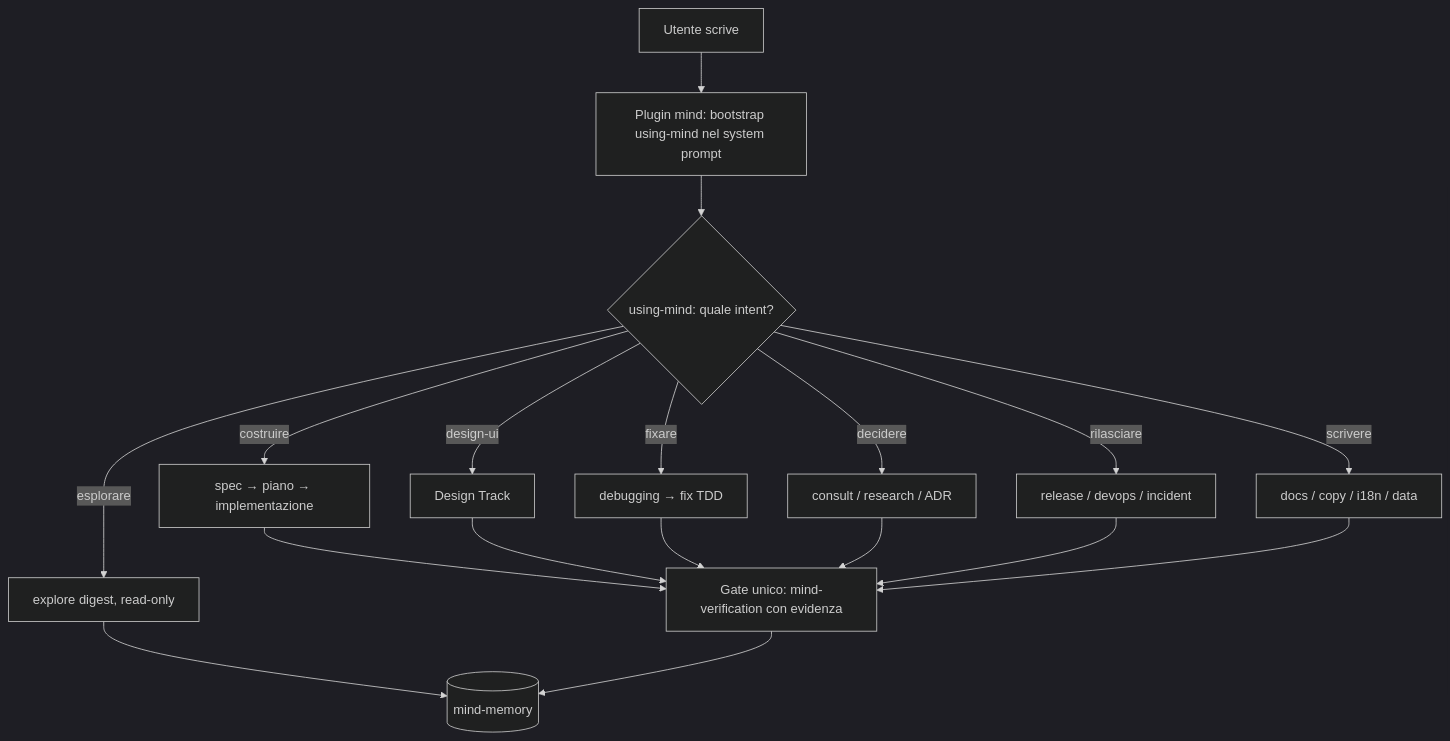
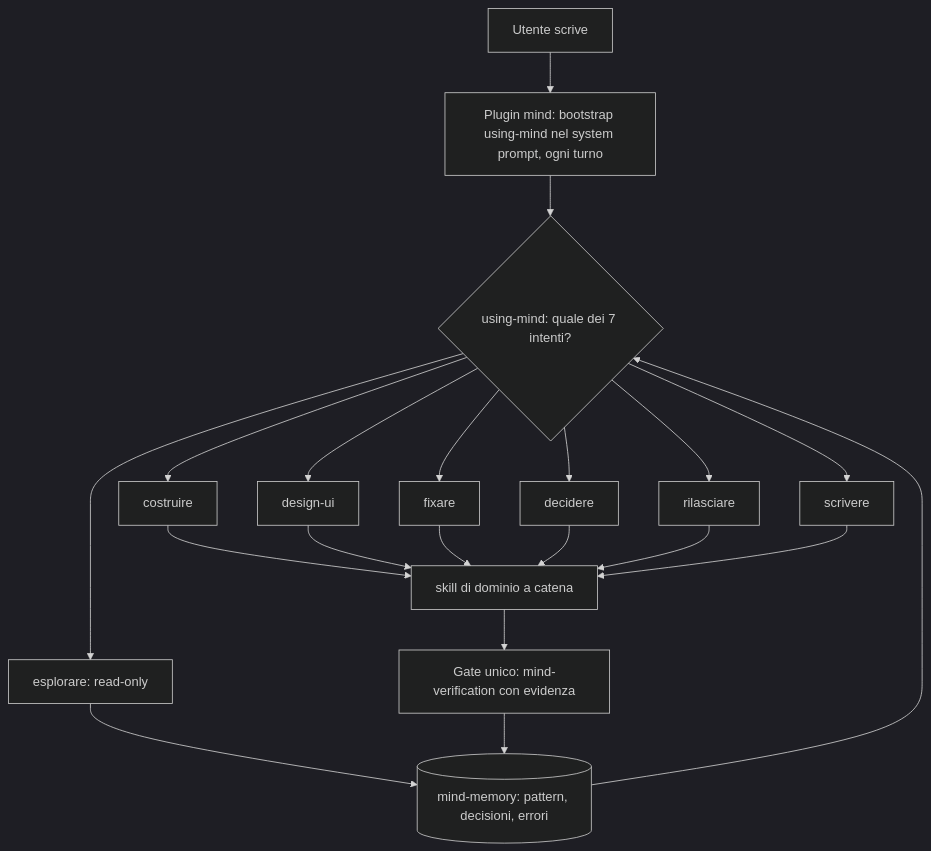
The first of 5 diagrams in README.md (Kyriga-CGX/mind-system), drawn with Mermaid (dark theme) before and after one commit. The commit also changed other lines of this file, not shown here.

Commit message:
docs: README completo v2 (catalogo skill, flussi, QA/testing, pipeline, agenti, memoria)

````diff
--- a/README.md
+++ b/README.md
@@ -40,20 +18,15 @@
 ```mermaid
 flowchart TD
-    U[Utente scrive] --> P[Plugin mind: bootstrap using-mind nel system prompt]
-    P --> O{using-mind: quale intent?}
-    O -->|costruire| C[spec → piano → implementazione]
-    O -->|design-ui| D[Design Track]
-    O -->|fixare| F[debugging → fix TDD]
-    O -->|esplorare| E[explore digest, read-only]
-    O -->|decidere| S[consult / research / ADR]
-    O -->|rilasciare| R[release / devops / incident]
-    O -->|scrivere| W[docs / copy / i18n / data]
-    C --> G[Gate unico: mind-verification con evidenza]
-    D --> G
-    F --> G
-    S --> G
-    R --> G
-    W --> G
-    E --> M[(mind-memory)]
-    G --> M
+    U[Utente scrive] --> P[Plugin mind: bootstrap using-mind nel system prompt, ogni turno]
+    P --> O{using-mind: quale dei 7 intenti?}
+    O --> C[costruire] --> I[skill di dominio a catena]
+    O --> D[design-ui] --> I
+    O --> F[fixare] --> I
+    O --> E[esplorare: read-only] --> M
+    O --> S[decidere] --> I
+    O --> R[rilasciare] --> I
+    O --> W[scrivere] --> I
+    I --> G[Gate unico: mind-verification con evidenza]
+    G --> M[(mind-memory: pattern, decisioni, errori)]
+    M --> O
 ```
````
